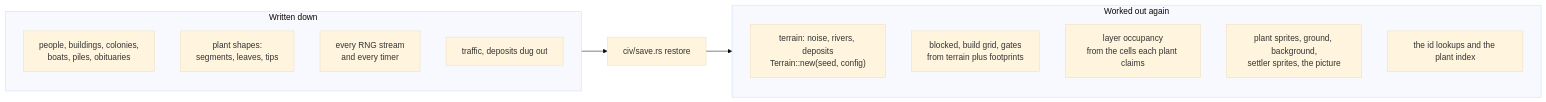
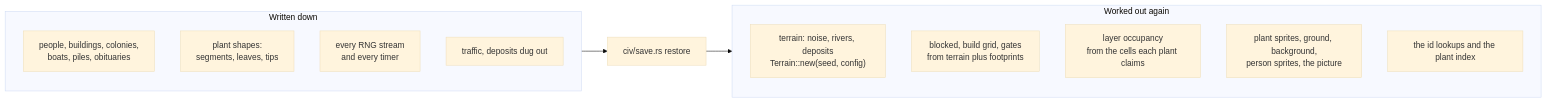
The sixth of 47 diagrams in ARCHITECTURE.md (tmpk13/grow), drawn with Mermaid (base theme) before and after one commit. The commit also changed other lines of this file and 58 other files, not shown here.

````diff
--- a/ARCHITECTURE.md
+++ b/ARCHITECTURE.md
@@ -526,18 +526,18 @@
 ```mermaid
 flowchart LR
   subgraph kept [Written down]
     hist["people, buildings, colonies,<br/>boats, piles, obituaries"]
     shape["plant shapes:<br/>segments, leaves, tips"]
     streams["every RNG stream<br/>and every timer"]
     worn["traffic, deposits dug out"]
   end
   subgraph made [Worked out again]
     terr["terrain: noise, rivers, deposits<br/>Terrain::new(seed, config)"]
     grids["blocked, build grid, gates<br/>from terrain plus footprints"]
     occ["layer occupancy<br/>from the cells each plant claims"]
-    px["plant sprites, ground, background,<br/>settler sprites, the picture"]
+    px["plant sprites, ground, background,<br/>person sprites, the picture"]
     idx["the id lookups and the plant index"]
   end
   kept --> restore["civ/save.rs restore"]
   restore --> made
 ```
````
